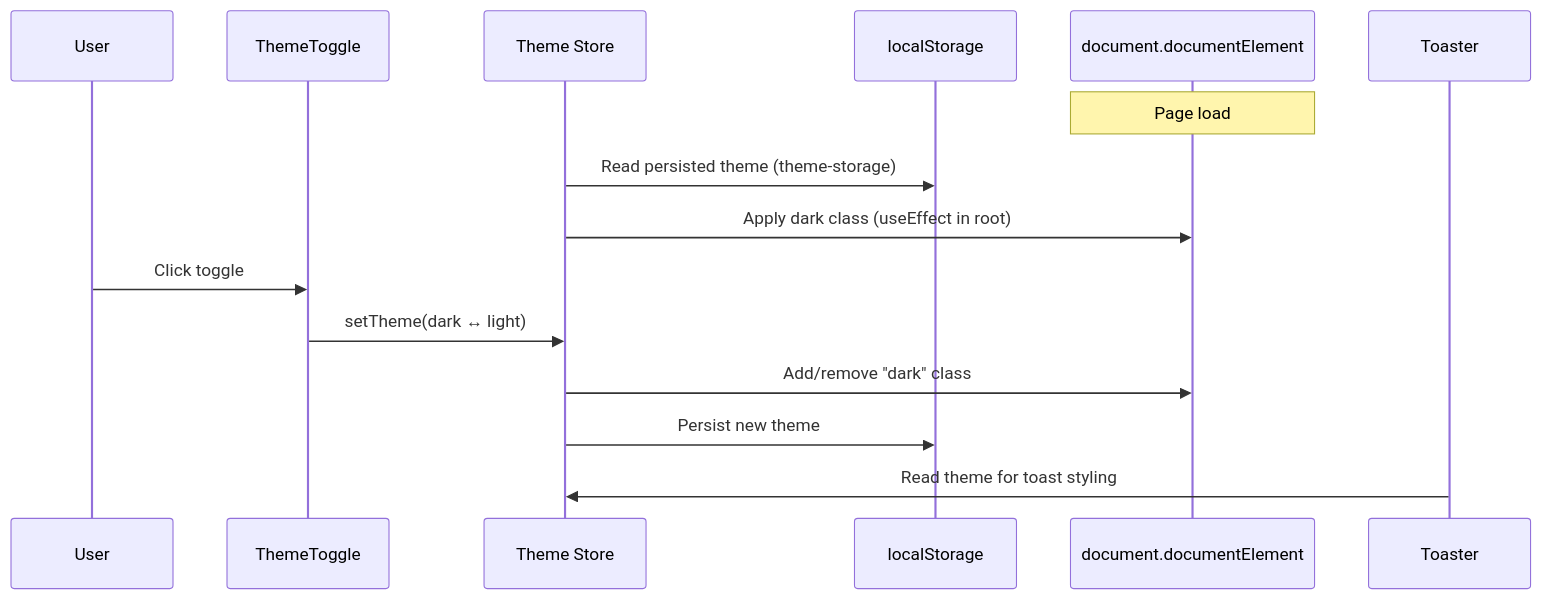
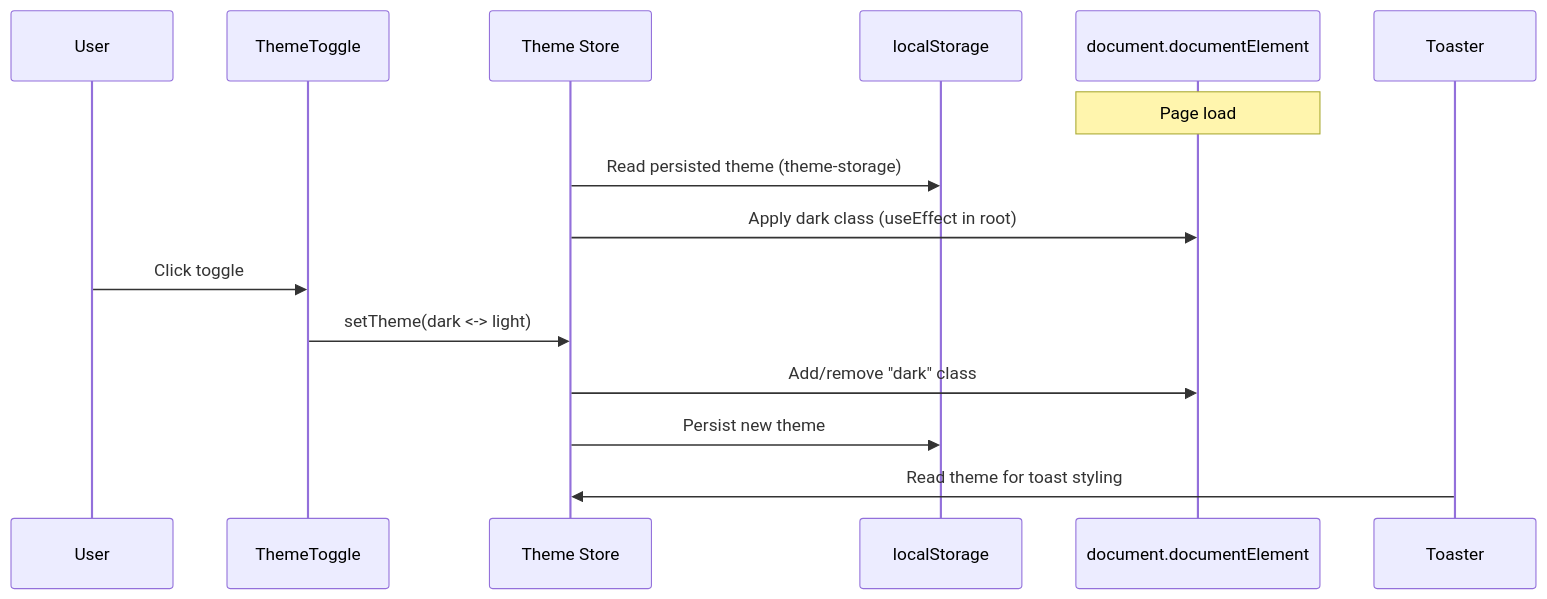
The fifth of 6 diagrams in src/content/docs/sous-storefront/flows.md (Kord96/kordinate-docs), drawn with Mermaid before and after one commit. The commit also changed other lines of this file and 4 other files, not shown here.

First line of the commit message:
Graph-first sous-storefront docs — 16 diagrams, interactive viewer

````diff
--- a/src/content/docs/sous-storefront/flows.md
+++ b/src/content/docs/sous-storefront/flows.md
@@ -124,19 +136,19 @@
 ```mermaid
 sequenceDiagram
     participant User
     participant Toggle as ThemeToggle
     participant Store as Theme Store
     participant LS as localStorage
     participant DOM as document.documentElement
     participant Sonner as Toaster
 
     Note over DOM: Page load
     Store->>LS: Read persisted theme (theme-storage)
     Store->>DOM: Apply dark class (useEffect in root)
 
     User->>Toggle: Click toggle
-    Toggle->>Store: setTheme(dark ↔ light)
+    Toggle->>Store: setTheme(dark <-> light)
     Store->>DOM: Add/remove "dark" class
     Store->>LS: Persist new theme
     Sonner->>Store: Read theme for toast styling
 ```
````
